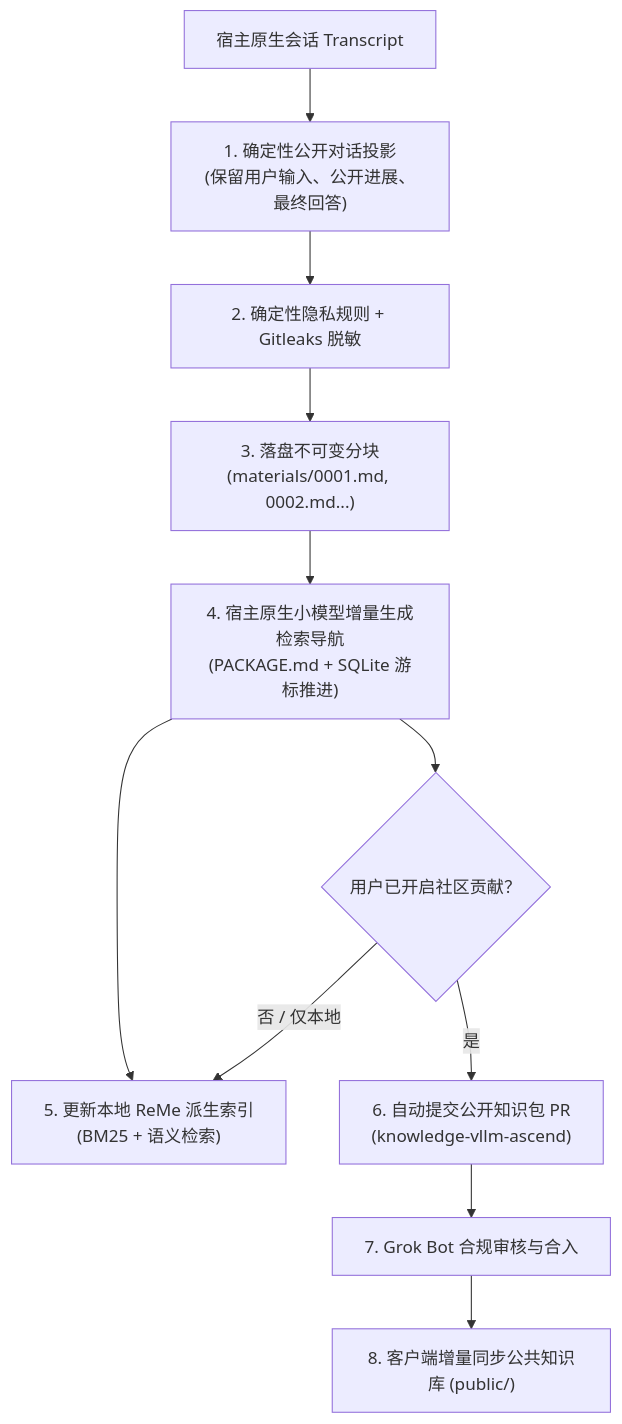
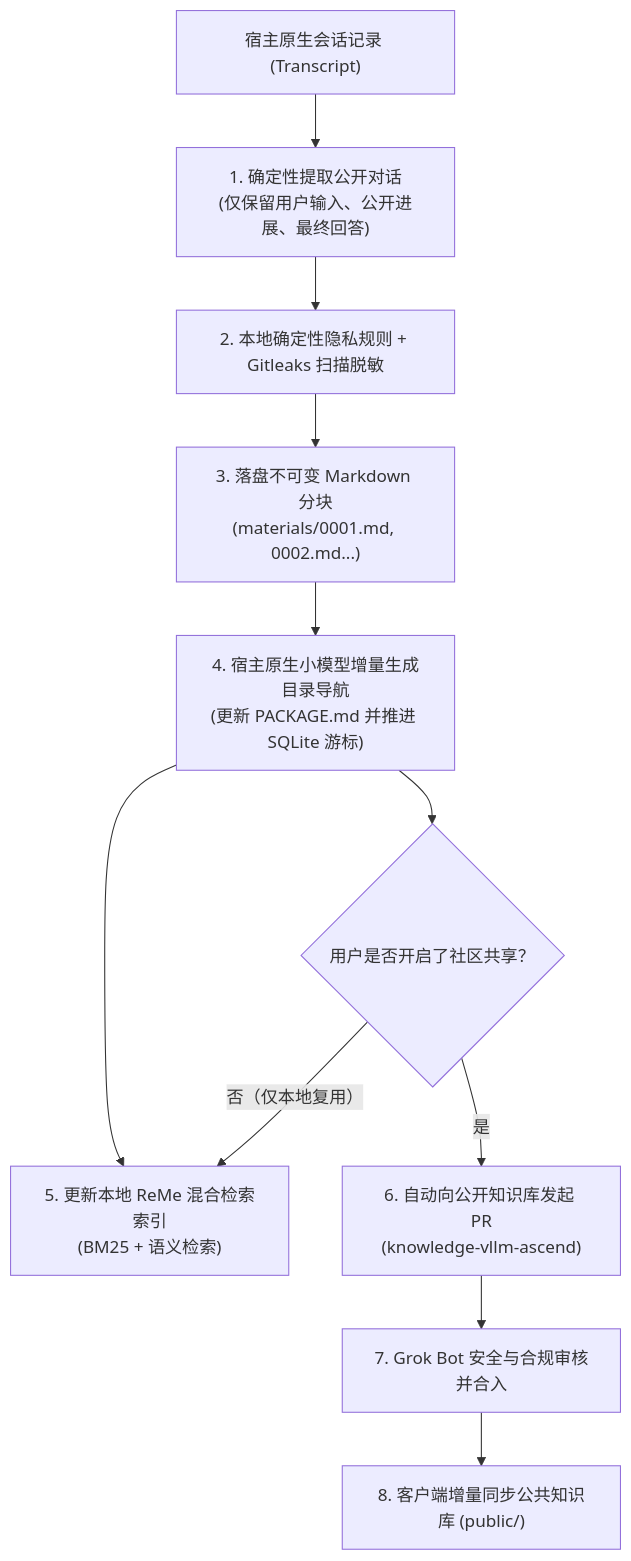
Before and after one commit to Yuli-yx/vllm-ascend-workspace: the diagram in docs/knowledge-system.md, drawn with Mermaid. The commit also changed other lines of this file and 21 other files, not shown here.

````diff
--- a/docs/knowledge-system.md
+++ b/docs/knowledge-system.md
@@ -21,13 +32,13 @@
 ```mermaid
 flowchart TB
-    T["宿主原生会话 Transcript"] --> P["1. 确定性公开对话投影<br/>(保留用户输入、公开进展、最终回答)"]
-    P --> R["2. 确定性隐私规则 + Gitleaks 脱敏"]
-    R --> B["3. 落盘不可变分块<br/>(materials/0001.md, 0002.md...)"]
-    B --> I["4. 宿主原生小模型增量生成检索导航<br/>(PACKAGE.md + SQLite 游标推进)"]
-    I --> L["5. 更新本地 ReMe 派生索引<br/>(BM25 + 语义检索)"]
-    I --> O{"用户已开启社区贡献？"}
-    O -->|否 / 仅本地| L
-    O -->|是| G["6. 自动提交公开知识包 PR<br/>(knowledge-vllm-ascend)"]
-    G --> Bot["7. Grok Bot 合规审核与合入"]
+    T["宿主原生会话记录 (Transcript)"] --> P["1. 确定性提取公开对话<br/>(仅保留用户输入、公开进展、最终回答)"]
+    P --> R["2. 本地确定性隐私规则 + Gitleaks 扫描脱敏"]
+    R --> B["3. 落盘不可变 Markdown 分块<br/>(materials/0001.md, 0002.md...)"]
+    B --> I["4. 宿主原生小模型增量生成目录导航<br/>(更新 PACKAGE.md 并推进 SQLite 游标)"]
+    I --> L["5. 更新本地 ReMe 混合检索索引<br/>(BM25 + 语义检索)"]
+    I --> O{"用户是否开启了社区共享？"}
+    O -->|否（仅本地复用）| L
+    O -->|是| G["6. 自动向公开知识库发起 PR<br/>(knowledge-vllm-ascend)"]
+    G --> Bot["7. Grok Bot 安全与合规审核并合入"]
     Bot --> Sync["8. 客户端增量同步公共知识库 (public/)"]
 ```
````
